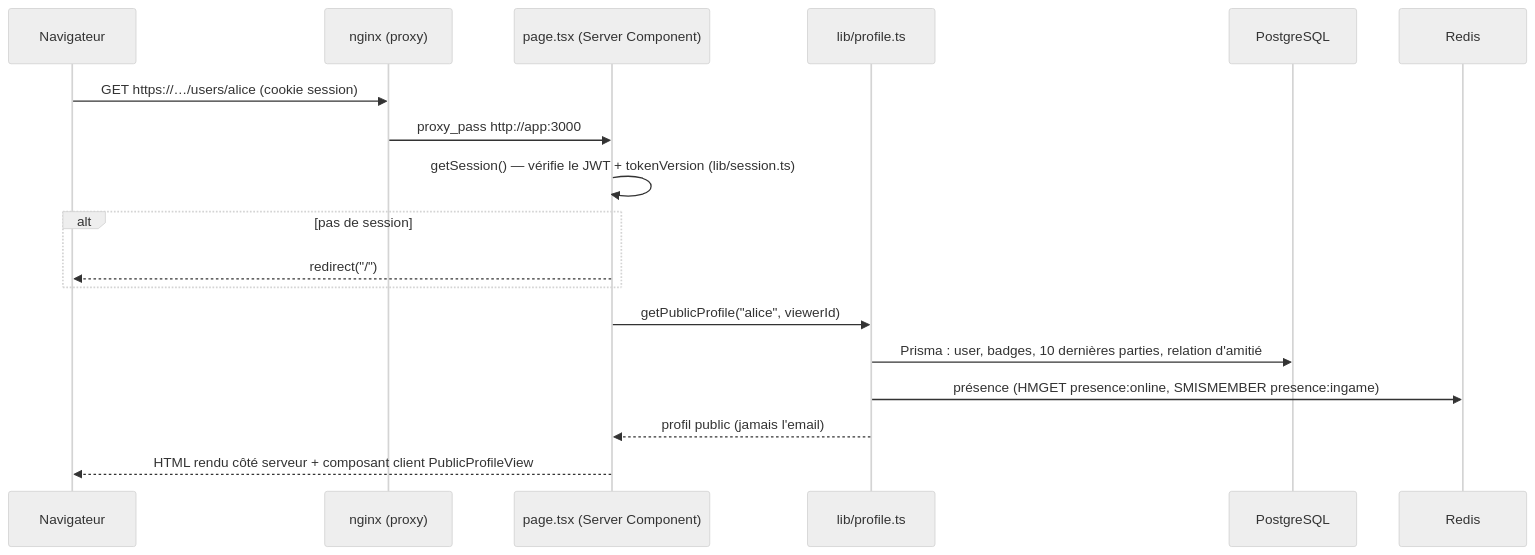
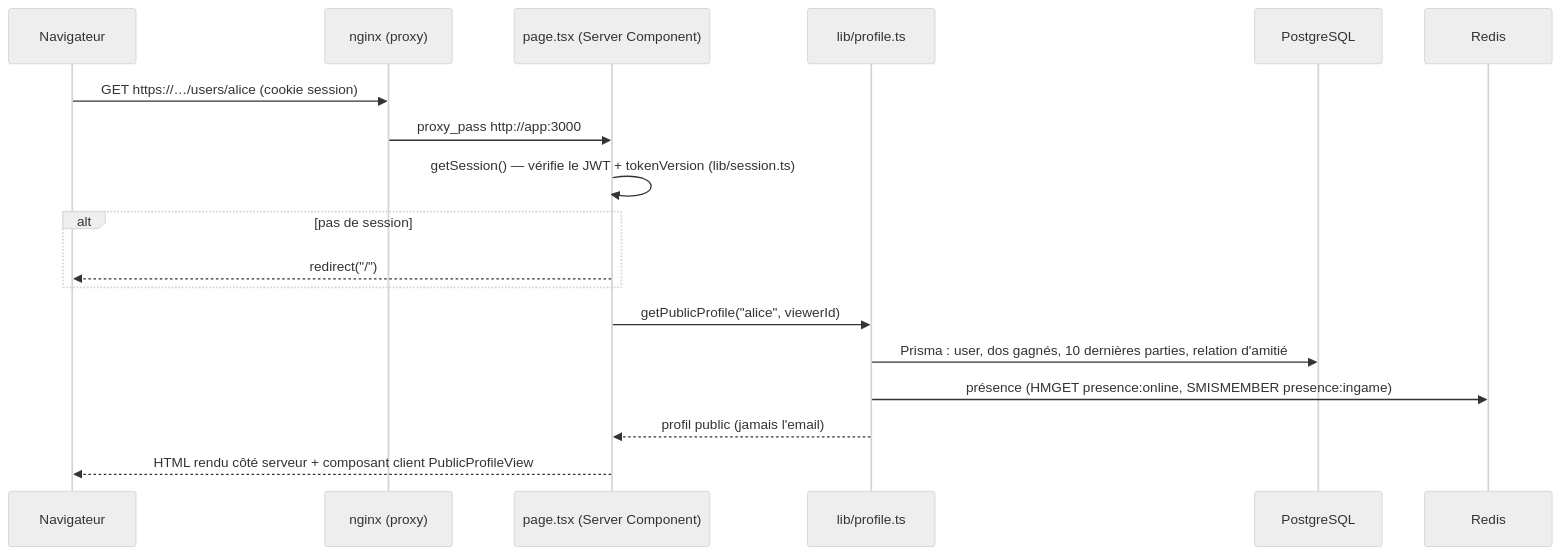
The second of 6 diagrams in docs/explications/00_VUE_ENSEMBLE.md (Briouche/ft_trancendence), drawn with Mermaid (neutral theme) before and after one commit. The commit also changed other lines of this file and 24 other files, not shown here.

````diff
--- a/docs/explications/00_VUE_ENSEMBLE.md
+++ b/docs/explications/00_VUE_ENSEMBLE.md
@@ -53,20 +53,20 @@
 ```mermaid
 sequenceDiagram
     participant B as Navigateur
     participant N as nginx (proxy)
     participant P as page.tsx (Server Component)
     participant L as lib/profile.ts
     participant DB as PostgreSQL
     participant R as Redis
     B->>N: GET https://…/users/alice (cookie session)
     N->>P: proxy_pass http://app:3000
     P->>P: getSession() — vérifie le JWT + tokenVersion (lib/session.ts)
     alt pas de session
         P-->>B: redirect("/")
     end
     P->>L: getPublicProfile("alice", viewerId)
-    L->>DB: Prisma : user, badges, 10 dernières parties, relation d'amitié
+    L->>DB: Prisma : user, dos gagnés, 10 dernières parties, relation d'amitié
     L->>R: présence (HMGET presence:online, SMISMEMBER presence:ingame)
     L-->>P: profil public (jamais l'email)
     P-->>B: HTML rendu côté serveur + composant client PublicProfileView
 ```
````
